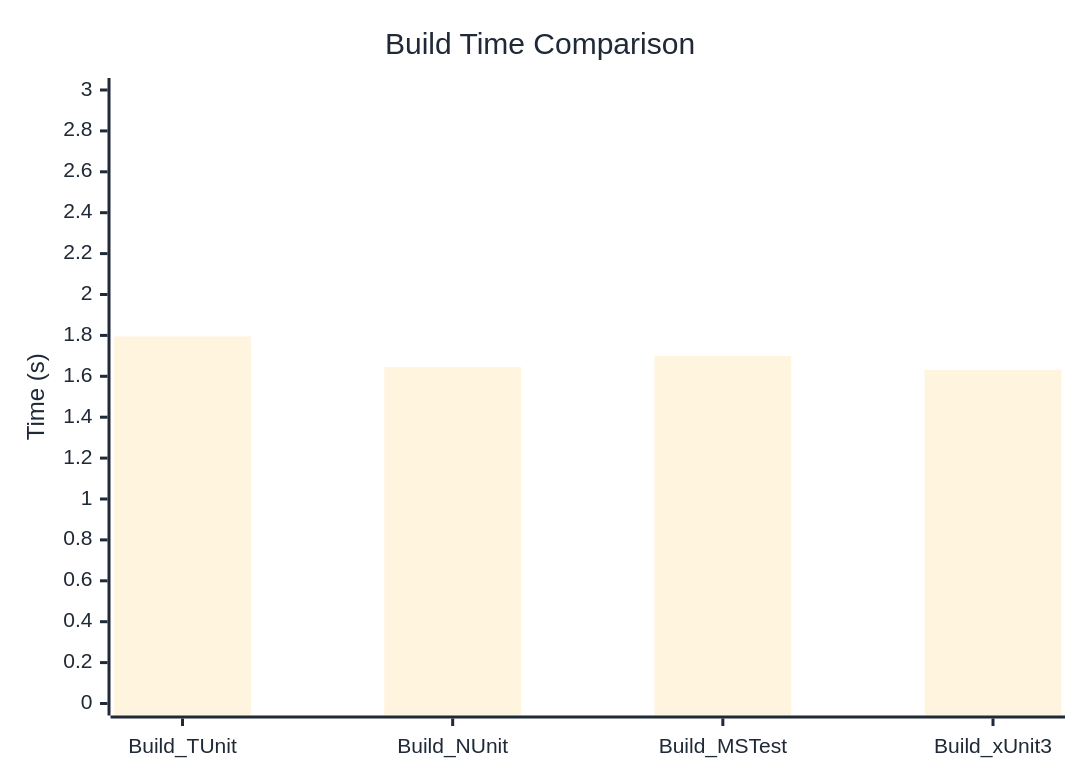
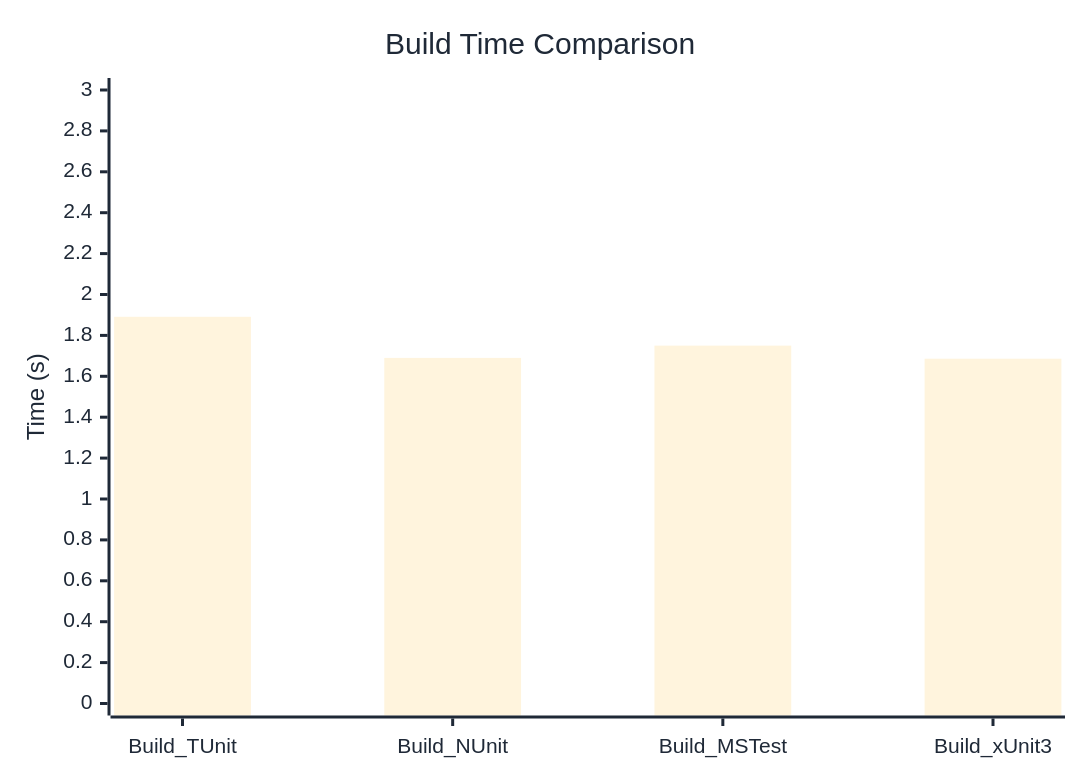
One commit to weiyilai/TUnit changed the diagram in docs/docs/benchmarks/BuildTime.md. Above: the diagram before and after it, drawn with Mermaid. The commit also changed other lines of this file and 17 other files, not shown here.

````diff
--- a/docs/docs/benchmarks/BuildTime.md
+++ b/docs/docs/benchmarks/BuildTime.md
@@ -28,37 +28,37 @@
 ```mermaid
 %%{init: {
   'theme':'base',
   'themeVariables': {
     'primaryColor': '#2563eb',
     'primaryTextColor': '#1f2937',
     'primaryBorderColor': '#1e40af',
     'lineColor': '#6b7280',
     'secondaryColor': '#7c3aed',
     'tertiaryColor': '#dc2626',
     'background': '#ffffff',
     'mainBkg': '#2563eb',
     'secondBkg': '#7c3aed',
     'tertiaryBkg': '#dc2626',
     'clusterBkg': '#f3f4f6',
     'edgeLabelBackground': '#ffffff',
     'tertiaryTextColor': '#1f2937',
     'pie1': '#2563eb',
     'pie2': '#7c3aed',
     'pie3': '#dc2626',
     'pie4': '#f59e0b',
     'pie5': '#10b981',
     'pie6': '#06b6d4',
     'pie7': '#ec4899',
     'pie8': '#6366f1',
     'pie9': '#84cc16',
     'pie10': '#f97316',
     'pie11': '#14b8a6',
     'pie12': '#a855f7'
   }
 }}%%
 xychart-beta
   title "Build Time Comparison"
   x-axis ["Build_TUnit", "Build_NUnit", "Build_MSTest", "Build_xUnit3"]
   y-axis "Time (s)" 0 --> 3
-  bar [1.795, 1.646, 1.7, 1.631]
+  bar [1.891, 1.69, 1.75, 1.686]
 ```
````
